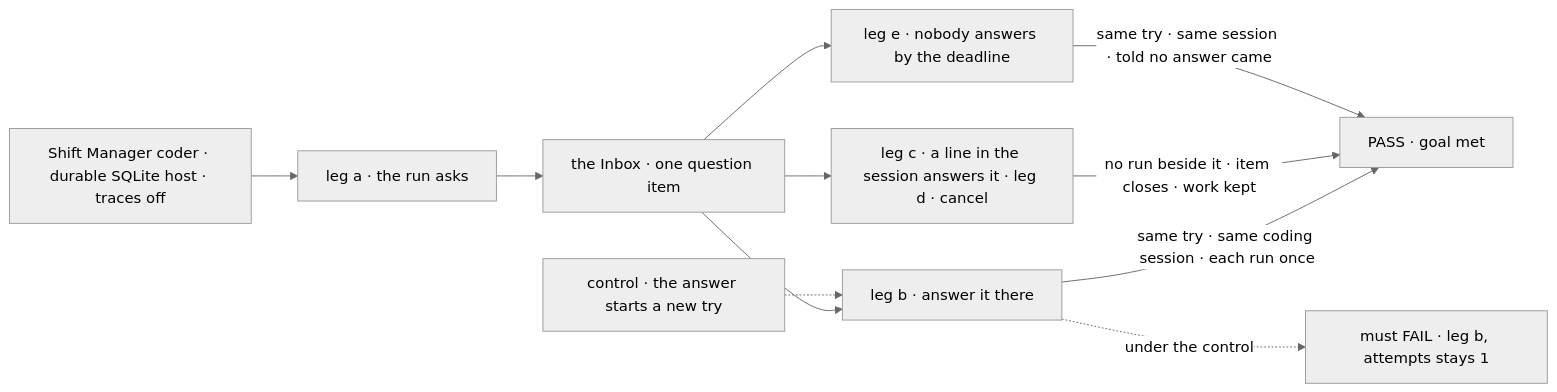
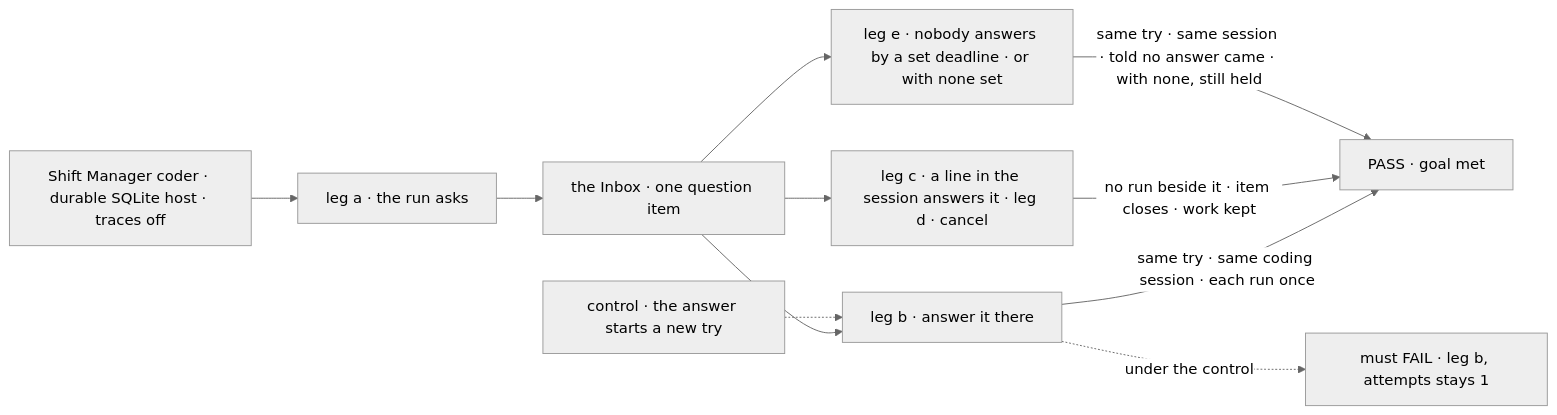
The first of 2 diagrams in specs/issues/FIX-2132/SPEC.md (fixpoint-labs/flow-state-dev), drawn with Mermaid (neutral theme) before and after one commit. The commit also changed other lines of this file and 21 other files, not shown here.

````diff
--- a/specs/issues/FIX-2132/SPEC.md
+++ b/specs/issues/FIX-2132/SPEC.md
@@ -30,13 +30,13 @@
 ```mermaid
 flowchart LR
   H["Shift Manager coder · durable SQLite host · traces off"] --> A["leg a · the run asks"]
   A --> I["the Inbox · one question item"]
   I --> B["leg b · answer it there"]
   I --> C["leg c · a line in the session answers it · leg d · cancel"]
-  I --> E["leg e · nobody answers by the deadline"]
+  I --> E["leg e · nobody answers by a set deadline · or with none set"]
   B -->|"same try · same coding session · each run once"| P["PASS · goal met"]
   C -->|"no run beside it · item closes · work kept"| P
-  E -->|"same try · same session · told no answer came"| P
+  E -->|"same try · same session · told no answer came · with none, still held"| P
   K["control · the answer starts a new try"] -.-> B
   B -.->|"under the control"| F["must FAIL · leg b, attempts stays 1"]
 ```
````
